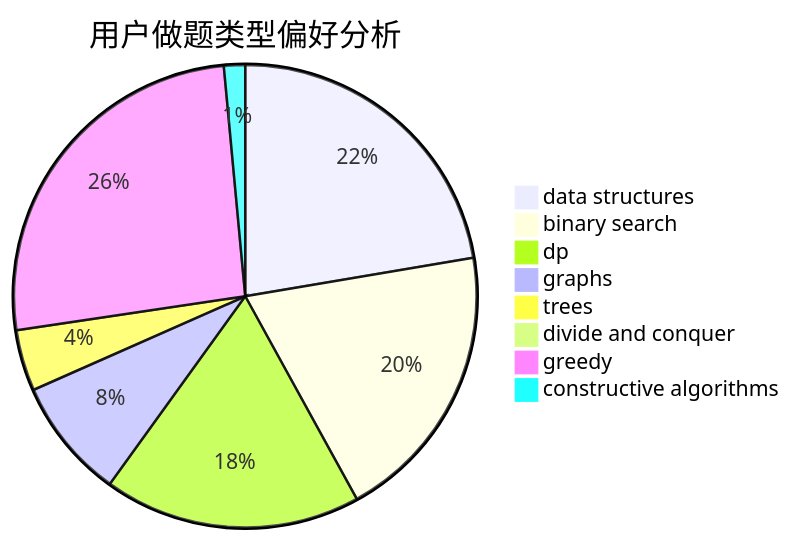
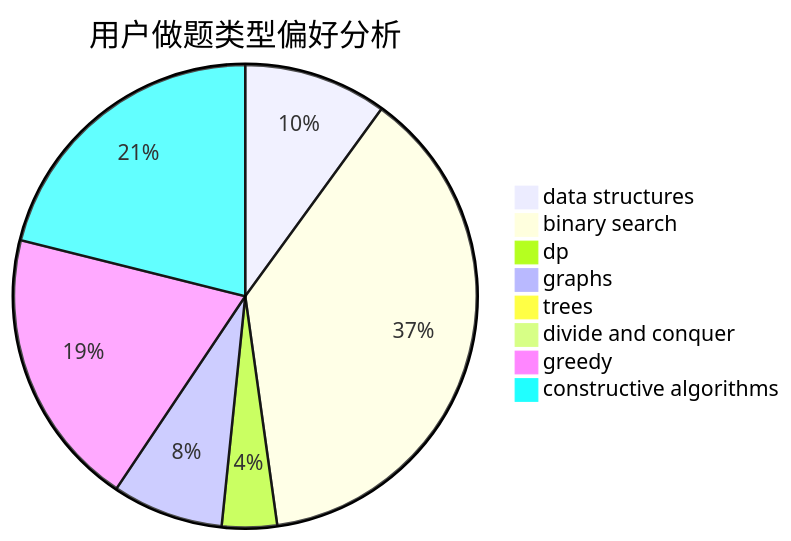
Before and after one commit to sherpahu/cfrs.github.io: the second of 3 diagrams in docs/user/u397.md, drawn with Mermaid. The commit also changed other lines of this file and 2770 other files, not shown here.

````diff
--- a/docs/user/u397.md
+++ b/docs/user/u397.md
@@ -23,11 +23,11 @@
 ```mermaid
 pie title 用户做题类型偏好分析
-    "data structures" :  392
-    "binary search" :  345
-    "dp" :  315
-    "graphs" :  148
-    "trees" :  75
-    "divide and conquer" :  0
-    "greedy" :  454
-    "constructive algorithms" :  26
+    "data structures" :  138
+    "binary search" :  521
+    "dp" :  53
+    "graphs" :  107
+    "trees" :  13
+    "divide and conquer" :  8
+    "greedy" :  269
+    "constructive algorithms" :  291
 ```
````
